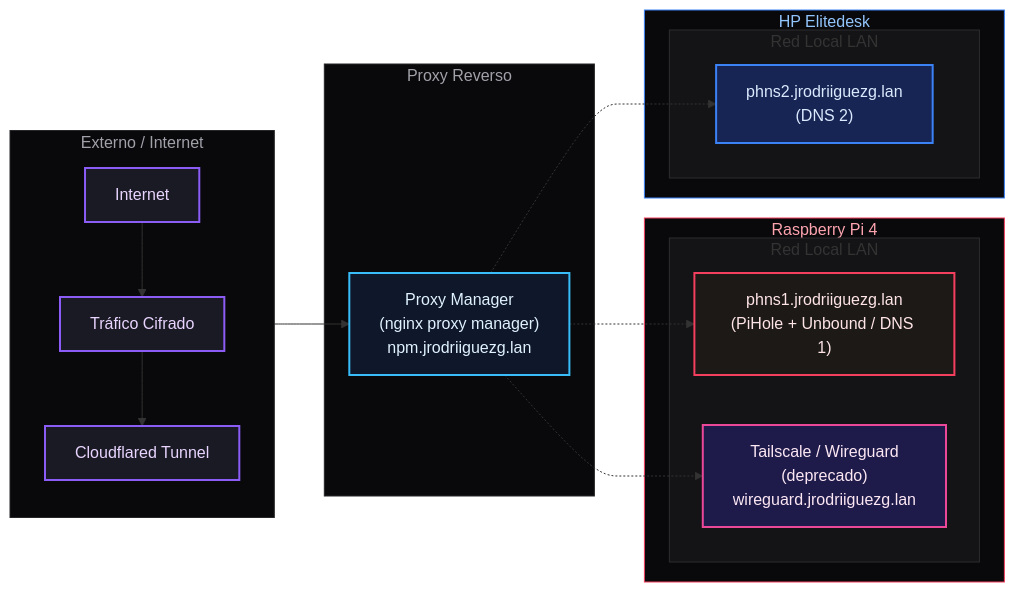
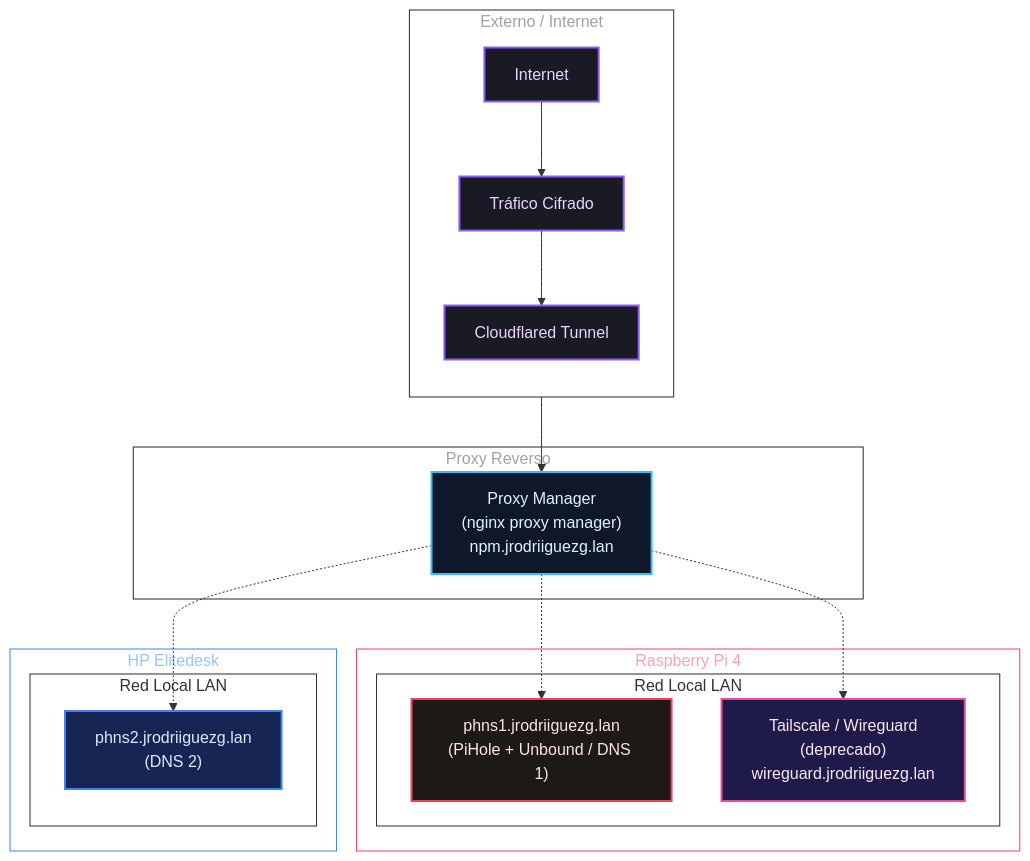
The first of 3 diagrams in src/content/blog/bloque-de-red-I.md (jrodriiguezg/blog), drawn with Mermaid before and after one commit. The commit also changed other lines of this file and 5 other files, not shown here.

````diff
--- a/src/content/blog/bloque-de-red-I.md
+++ b/src/content/blog/bloque-de-red-I.md
@@ -25,54 +25,54 @@
 ```mermaid
-flowchart LR
+flowchart TD
     %% Definición de Estilos (Colores Sleek / Modo Oscuro)
     classDef extNode fill:#1a1a24,stroke:#8b5cf6,stroke-width:2px,color:#e9d5ff;
     classDef proxyNode fill:#0f172a,stroke:#38bdf8,stroke-width:2px,color:#e0f2fe;
     classDef rpiNode fill:#1c1917,stroke:#f43f5e,stroke-width:2px,color:#ffe4e6;
     classDef eliteNode fill:#172554,stroke:#3b82f6,stroke-width:2px,color:#dbeafe;
     classDef vpnNode fill:#1e1b4b,stroke:#ec4899,stroke-width:2px,color:#fce7f3;
 
     %% Subgraph Externo / WAN
     subgraph WAN ["Externo / Internet"]
         direction TB
         internet["Internet"]:::extNode
         cifrado["Tráfico Cifrado"]:::extNode
         tunnel["Cloudflared Tunnel"]:::extNode
         
         internet --> cifrado
         cifrado --> tunnel
     end
 
     %% Subgraph Proxy Reverso
     subgraph Proxy ["Proxy Reverso"]
         npm["Proxy Manager<br>(nginx proxy manager)<br>npm.jrodriiguezg.lan"]:::proxyNode
     end
 
     %% Subgraph Raspberry Pi 4
     subgraph RPi4 ["Raspberry Pi 4"]
         subgraph LAN_RPi ["Red Local LAN"]
             phns1["phns1.jrodriiguezg.lan<br>(PiHole + Unbound / DNS 1)"]:::rpiNode
             wireguard["Tailscale / Wireguard<br>(deprecado)<br>wireguard.jrodriiguezg.lan"]:::vpnNode
         end
     end
 
     %% Subgraph HP Elitedesk
     subgraph HP ["HP Elitedesk"]
         subgraph LAN_HP ["Red Local LAN"]
             phns2["phns2.jrodriiguezg.lan<br>(DNS 2)"]:::eliteNode
         end
     end
 
     %% Flujos y Conexiones
     tunnel --> npm
     npm -.-> phns1
     npm -.-> phns2
     npm -.-> wireguard
 
-    %% Estilos de los subgrafos
-    style WAN fill:#09090b,stroke:#27272a,stroke-width:1px,color:#a1a1aa;
-    style Proxy fill:#09090b,stroke:#27272a,stroke-width:1px,color:#a1a1aa;
-    style RPi4 fill:#09090b,stroke:#f43f5e,stroke-width:1px,color:#fda4af;
-    style HP fill:#09090b,stroke:#3b82f6,stroke-width:1px,color:#93c5fd;
-    style LAN_RPi fill:#141416,stroke:#2d2d30,stroke-width:1px;
-    style LAN_HP fill:#141416,stroke:#2d2d30,stroke-width:1px;
+    %% Estilos de los subgrafos (Fondo Transparente)
+    style WAN fill:none,stroke:#27272a,stroke-width:1px,color:#a1a1aa;
+    style Proxy fill:none,stroke:#27272a,stroke-width:1px,color:#a1a1aa;
+    style RPi4 fill:none,stroke:#f43f5e,stroke-width:1px,color:#fda4af;
+    style HP fill:none,stroke:#3b82f6,stroke-width:1px,color:#93c5fd;
+    style LAN_RPi fill:none,stroke:#2d2d30,stroke-width:1px;
+    style LAN_HP fill:none,stroke:#2d2d30,stroke-width:1px;
 ```
````
